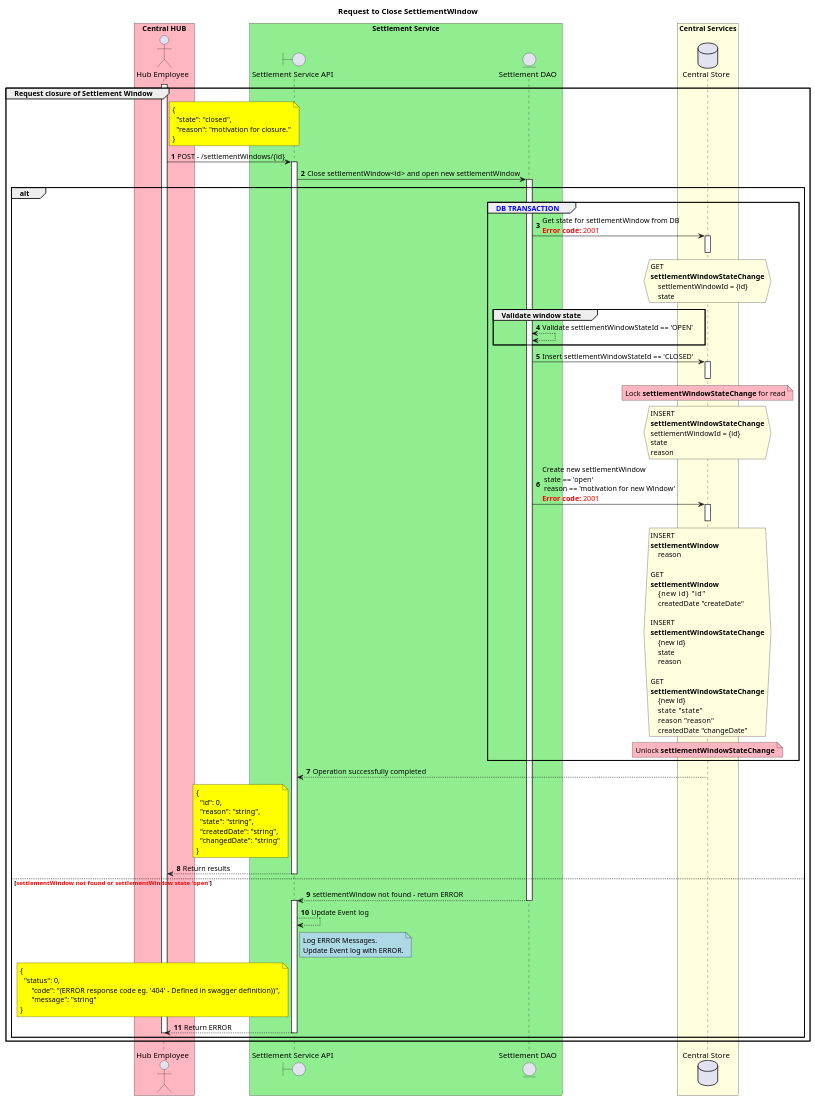
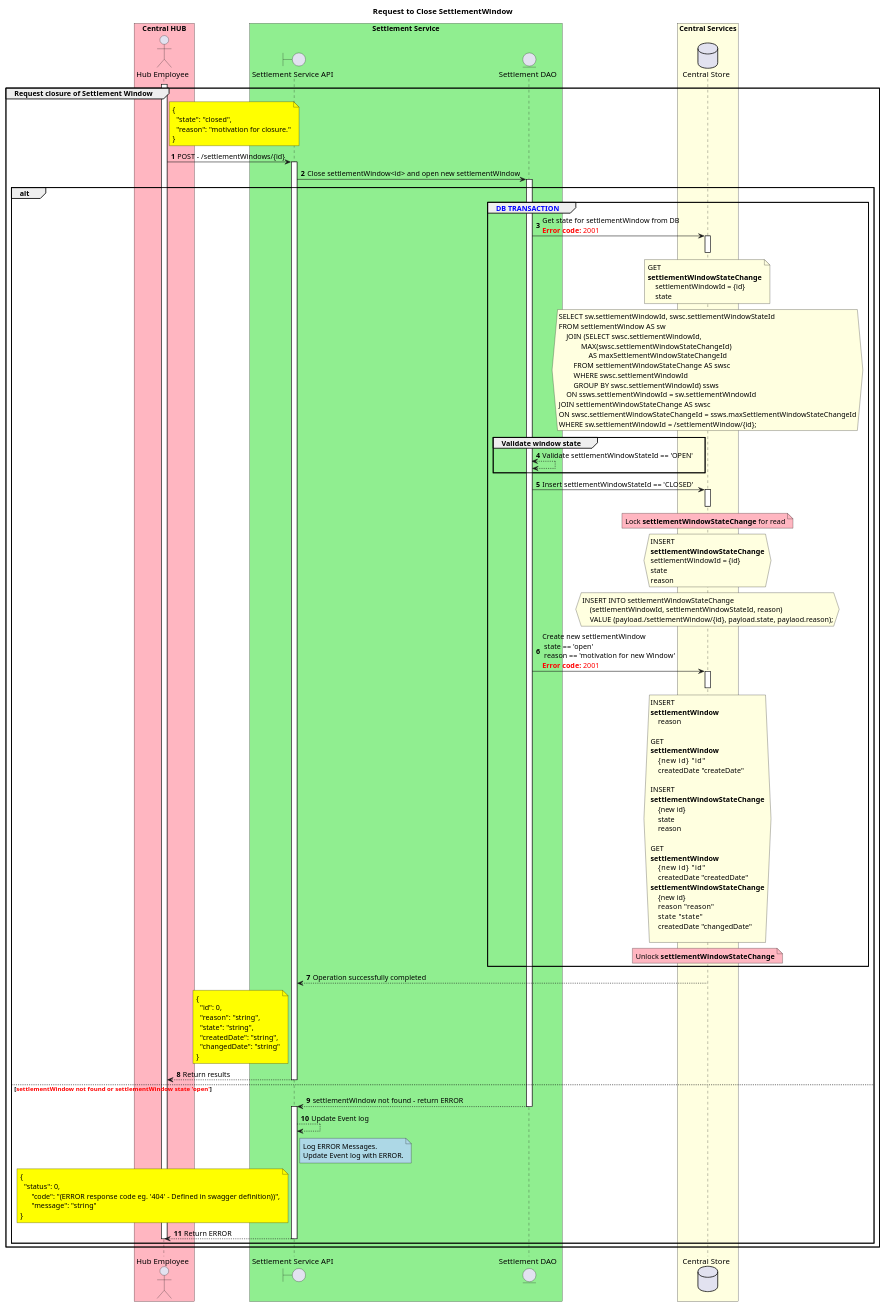
One commit to HenkKodde/docs changed the diagram in CentralServices/seq_diagrams/seq-settleWindow-6.1.2.plantuml. Above: the diagram before and after it, drawn with PlantUML. The commit also changed 7 other files, not shown here.

```diff
--- a/CentralServices/seq_diagrams/seq-settleWindow-6.1.2.plantuml
+++ b/CentralServices/seq_diagrams/seq-settleWindow-6.1.2.plantuml
@@ -1,151 +1,168 @@
 @startuml
 ' declate title
 title Request to Close SettlementWindow
 'title 6.1.2. closeSettlementWindow POST: /settlementWindows
 
 autonumber
 
 ' declare actors
 actor "Hub Employee" as OPERATOR
 
 boundary "Settlement Service API" as SSAPI
 entity "Settlement DAO" as SETTLE_DAO
 
 database "Central Store" as DB
 
 box "Central HUB" #LightPink
     participant OPERATOR
 end box
 
 box "Settlement Service" #LightGreen
     participant SSAPI
     participant SETTLE_DAO
 end box
 
 box "Central Services" #LightYellow
     participant DB
 end box
 
 ' start flow
 group Request closure of Settlement Window
     activate OPERATOR
     note right of OPERATOR #Yellow
         {
           "state": "closed",
           "reason": "motivation for closure."
         }
     end note
     OPERATOR -> SSAPI: POST - /settlementWindows/{id}
     activate SSAPI
     SSAPI -> SETTLE_DAO: Close settlementWindow<id> and open new settlementWindow
     activate SETTLE_DAO
     alt
         group <color #blue>DB TRANSACTION</color>
             SETTLE_DAO -> DB: Get state for settlementWindow from DB \n<color #FF0000><b>Error code:</b> 2001</color>
             activate DB
-            hnote over DB #LightYellow
+            note over DB #LightYellow
                 GET
                 **settlementWindowStateChange**
                     settlementWindowId = {id}
                     state
-'                SELECT MAX(settlementWindowStateChangeId), settlementWindowStateId
-'                FROM **settlementWindowStateChange**
-'                WHERE settlementWindowId = {id}
-'                GROUP BY settlementWindowId, settlementWindowStateId;
+            end note
+            hnote over DB #LightYellow
+                SELECT sw.settlementWindowId, swsc.settlementWindowStateId
+                FROM settlementWindow AS sw
+                    JOIN (SELECT swsc.settlementWindowId,
+                            MAX(swsc.settlementWindowStateChangeId)
+                                AS maxSettlementWindowStateChangeId
+                        FROM settlementWindowStateChange AS swsc
+                        WHERE swsc.settlementWindowId
+                        GROUP BY swsc.settlementWindowId) ssws
+                    ON ssws.settlementWindowId = sw.settlementWindowId
+                JOIN settlementWindowStateChange AS swsc
+                ON swsc.settlementWindowStateChangeId = ssws.maxSettlementWindowStateChangeId
+                WHERE sw.settlementWindowId = /settlementWindow/{id};
             end hnote
             deactivate DB
             group Validate window state
                 SETTLE_DAO <--> SETTLE_DAO: Validate settlementWindowStateId == 'OPEN'
             end
             SETTLE_DAO -> DB: Insert settlementWindowStateId == 'CLOSED'
             note over DB #Lightpink
                 Lock **settlementWindowStateChange** for read
             end note
             activate DB
             hnote over DB #LightYellow
                 INSERT
                 **settlementWindowStateChange**
                 settlementWindowId = {id}
                 state
                 reason
-'                INSERT INTO settlementWindowStateChange
-'                    (settlementWindowId, settlementWindowStateId, reason)
-'                    VALUE ({id}, {state}, {reason});
+            end hnote
+            hnote over DB #LightYellow
+                INSERT INTO settlementWindowStateChange
+                    (settlementWindowId, settlementWindowStateId, reason)
+                    VALUE (payload./settlementWindow/{id}, payload.state, paylaod.reason);
             end hnote
             deactivate DB
             SETTLE_DAO -> DB: Create new settlementWindow \n state == 'open'\n reason == 'motivation for new Window' \n<color #FF0000><b>Error code:</b> 2001</color>
             activate DB
             hnote over DB #LightYellow
                 INSERT
                 **settlementWindow**
                     reason
 
                 GET
                 **settlementWindow**
                     {new id}    "id"
                     createdDate "createDate"
 
                 INSERT
                 **settlementWindowStateChange**
                     {new id}
                     state
                     reason
 
                 GET
+                **settlementWindow**
+                    {new id}    "id"
+                    createdDate "createdDate"
                 **settlementWindowStateChange**
                     {new id}
+                    reason  "reason"
                     state   "state"
-                    reason  "reason"
-                    createdDate "changeDate"
+                    createdDate "changedDate"
+
 '                INSERT INTO **settlementWindow**
 '                    (reason)
-'                    VALUE ({reason});
+'                    VALUE (payload.reason);
 '
 '                SELECT MAX(settlementWindowId) AS nsw
 '                FROM **settlementWindow**
-'                    GROUP BY settlementWindowId
+'                GROUP BY settlementWindowId
+'                ORDER BY settlementWindowId DESC LIMIT 1;
 '
 '                INSERT INTO **settlementWindowStateChange**
 '                    (settlementWindowId, settlementWindowStateId, reason)
 '                    VALUE (nsw, 'OPEN', {reason});
             end hnote
             deactivate DB
             note over DB #Lightpink
             Unlock **settlementWindowStateChange**
             end note
         end
         SSAPI <-- DB: Operation successfully completed
         note left of SSAPI #Yellow
         {
           "id": 0,
           "reason": "string",
           "state": "string",
           "createdDate": "string",
           "changedDate": "string"
         }
         end note
         OPERATOR <-- SSAPI: Return results
         deactivate SSAPI
     else <color #FF0000><b>settlementWindow not found or settlementWindow state 'open'</b></color>
 
         SSAPI <-- SETTLE_DAO: settlementWindow not found - return ERROR
         deactivate SETTLE_DAO
         activate SSAPI
         SSAPI --> SSAPI: Update Event log
         note right of SSAPI #LightBlue
         Log ERROR Messages.
         Update Event log with ERROR.
         end note
         note left of SSAPI #Yellow
         {
           "status": 0,
               "code": "(ERROR response code eg. '404' - Defined in swagger definition))",
               "message": "string"
         }
         end note
         OPERATOR <-- SSAPI: Return ERROR
         deactivate SSAPI
         deactivate OPERATOR
     end
 end
 @enduml
```
